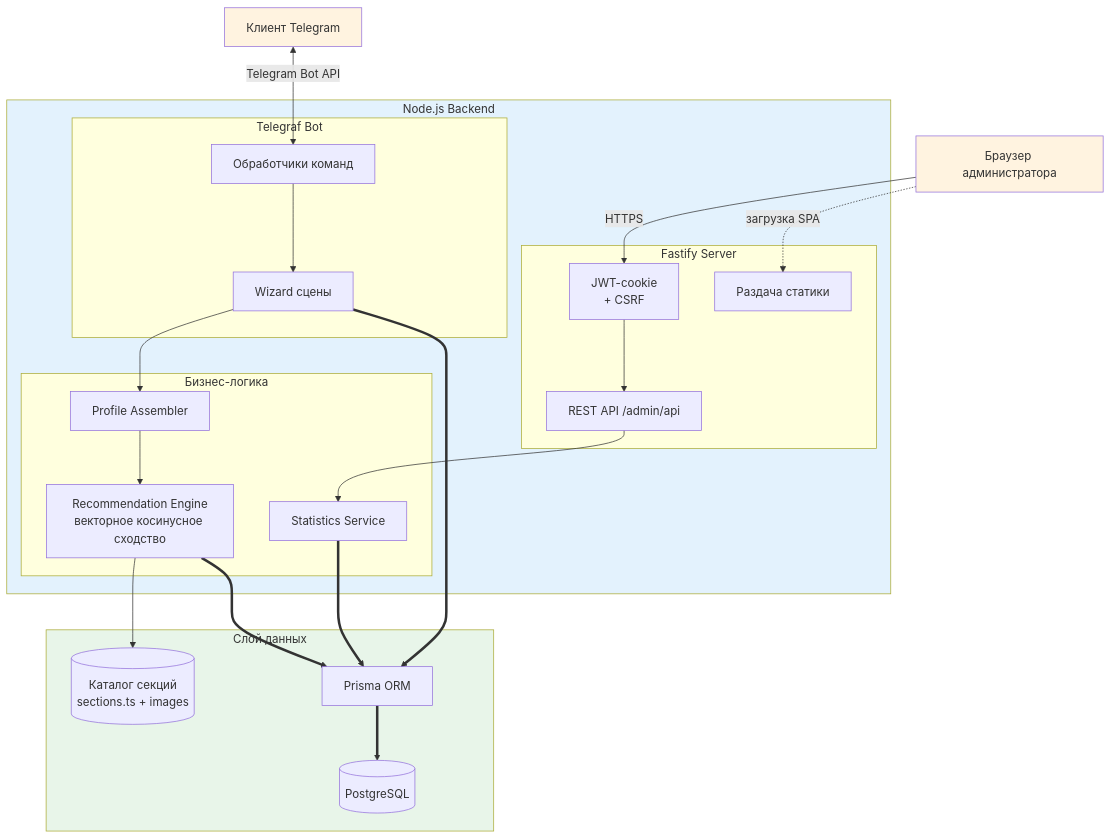
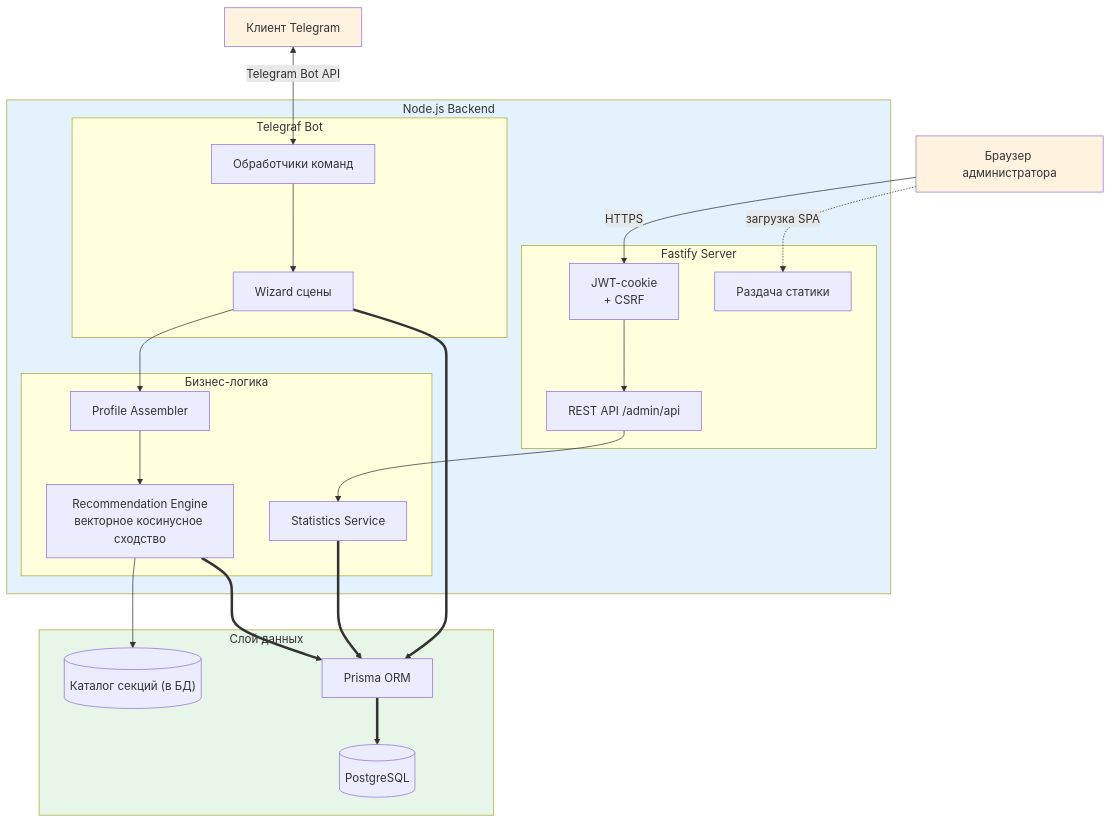
Before and after one commit to kotru21/bsuir: the first of 4 diagrams in docs/ARCHITECTURE.md, drawn with Mermaid. The commit also changed other lines of this file and 48 other files, not shown here.

````diff
--- a/docs/ARCHITECTURE.md
+++ b/docs/ARCHITECTURE.md
@@ -18,52 +18,52 @@
 ```mermaid
 flowchart TB
    User["Клиент Telegram"]
    AdminBrowser["Браузер администратора"]
 
    subgraph Backend["Node.js Backend"]
       subgraph Telegraf["Telegraf Bot"]
          BotHandlers["Обработчики команд"]
          BotScenes["Wizard сцены"]
       end
 
       subgraph FastifyApp["Fastify Server"]
          AdminAPI["REST API /admin/api"]
          StaticFiles["Раздача статики"]
          Sessions["JWT-cookie
  + CSRF"]
       end
 
       subgraph BusinessLogic["Бизнес-логика"]
          RecEngine["Recommendation Engine<br/>векторное косинусное сходство"]
          ProfileAssembler["Profile Assembler"]
          StatService["Statistics Service"]
       end
    end
 
    subgraph Data["Слой данных"]
       Prisma["Prisma ORM"]
       DB[(PostgreSQL)]
-      Catalog[("Каталог секций<br/>sections.ts + images")]
+      Catalog[("Каталог секций (в БД)")]
    end
 
    User <-->|Telegram Bot API| BotHandlers
    BotHandlers --> BotScenes
    BotScenes --> ProfileAssembler
    ProfileAssembler --> RecEngine
 
    AdminBrowser -->|HTTPS| Sessions
    Sessions --> AdminAPI
    AdminBrowser -.->|загрузка SPA| StaticFiles
 
    AdminAPI --> StatService
    RecEngine --> Catalog
    RecEngine ==> Prisma
    BotScenes ==> Prisma
    StatService ==> Prisma
    Prisma ==> DB
 
    style Backend fill:#e3f2fd
    style Data fill:#e8f5e9
    style User fill:#fff3e0
    style AdminBrowser fill:#fff3e0
 ```
````
